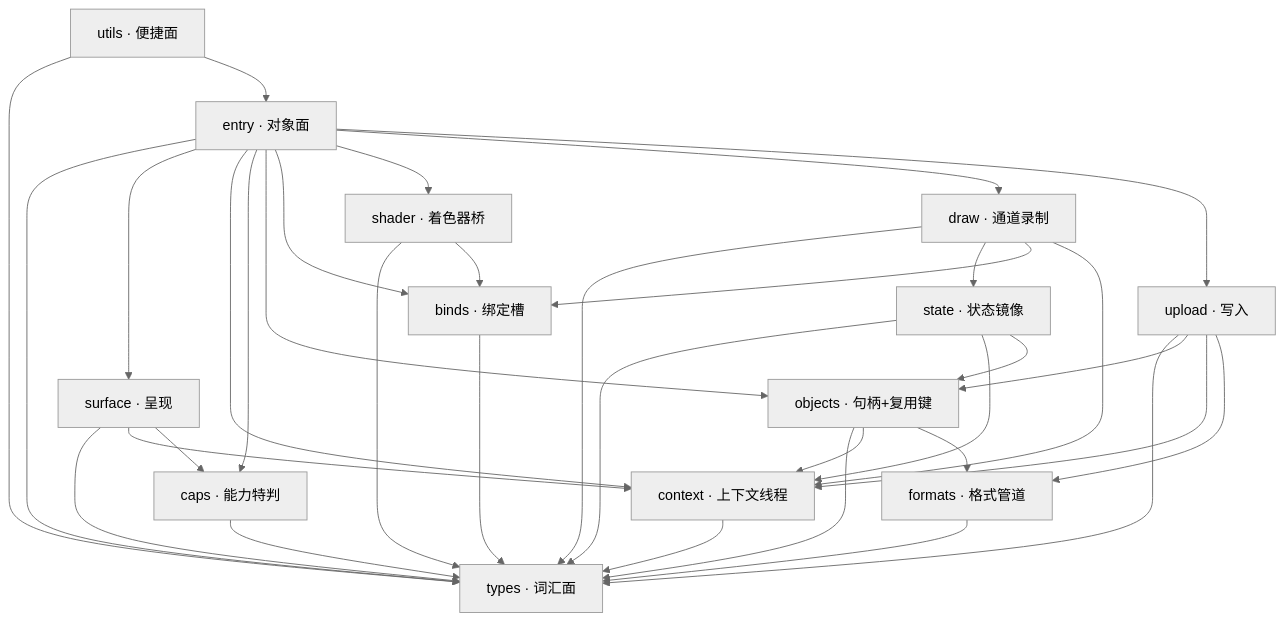
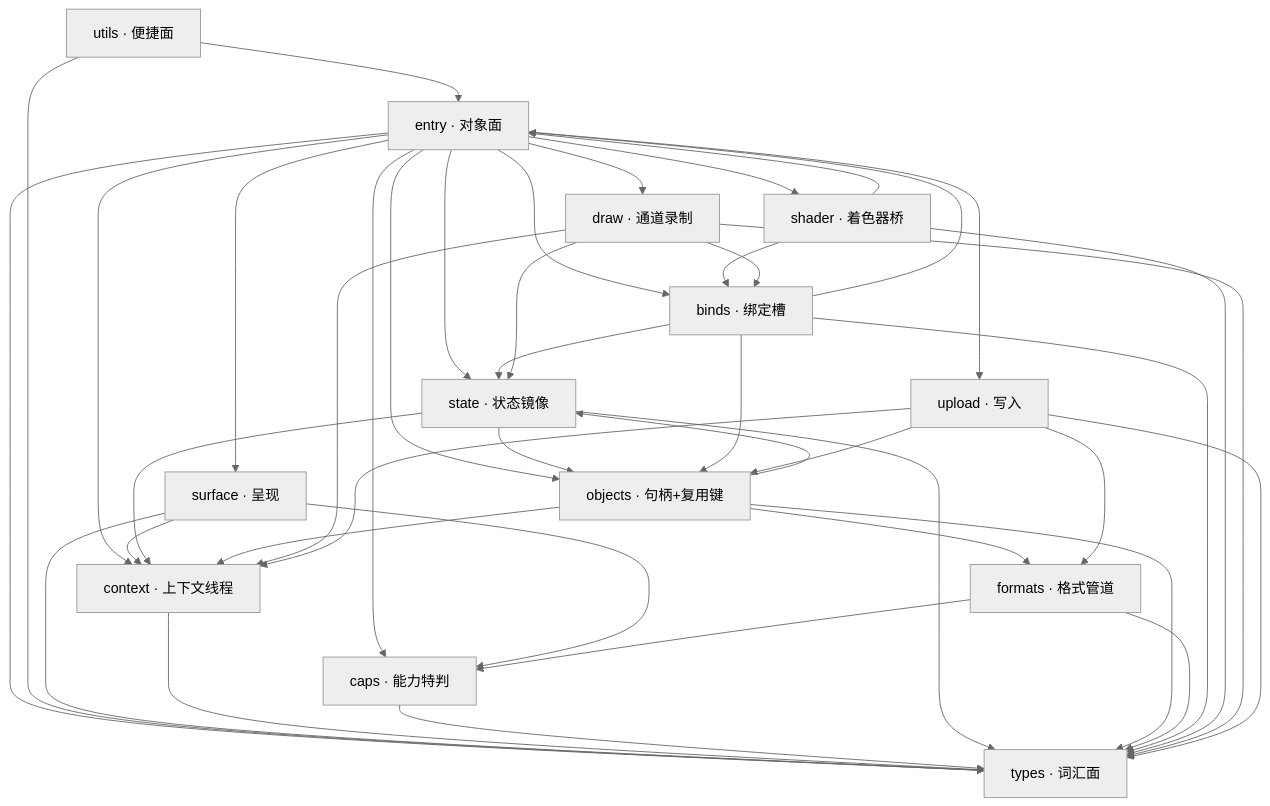
Before and after one commit to GaiaWorld/pi_wgpu: the first of 7 diagrams in design/pi-wgpu-rebuild/05-modules/deps.md, drawn with Mermaid (neutral theme). The commit also changed other lines of this file and 9 other files, not shown here.

````diff
--- a/design/pi-wgpu-rebuild/05-modules/deps.md
+++ b/design/pi-wgpu-rebuild/05-modules/deps.md
@@ -27,50 +32,57 @@
 ```mermaid
 flowchart TD
   types["types · 词汇面"]
   entry["entry · 对象面"]
   surface["surface · 呈现"]
   context["context · 上下文线程"]
   caps["caps · 能力特判"]
   state["state · 状态镜像"]
   objects["objects · 句柄+复用键"]
   formats["formats · 格式管道"]
   binds["binds · 绑定槽"]
   shader["shader · 着色器桥"]
   draw["draw · 通道录制"]
   upload["upload · 写入"]
   utils["utils · 便捷面"]
   entry --> types
   entry --> surface
   entry --> context
   entry --> caps
+  entry --> state
   entry --> objects
   entry --> binds
   entry --> shader
   entry --> draw
   entry --> upload
   utils --> types
   utils --> entry
   surface --> types
   surface --> context
   surface --> caps
   context --> types
   caps --> types
   state --> types
   state --> context
   state --> objects
   objects --> types
   objects --> context
   objects --> formats
+  objects --> state
   formats --> types
+  formats --> caps
   binds --> types
+  binds --> state
+  binds --> entry
+  binds --> objects
   shader --> types
   shader --> binds
+  shader --> entry
   draw --> types
   draw --> state
   draw --> binds
   draw --> context
   upload --> types
   upload --> objects
   upload --> context
   upload --> formats
 ```
````
